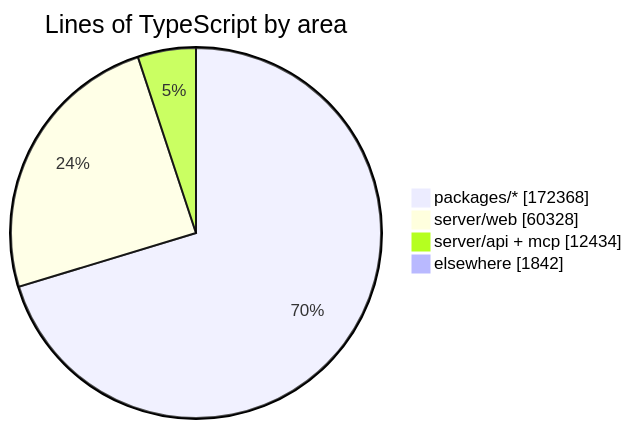
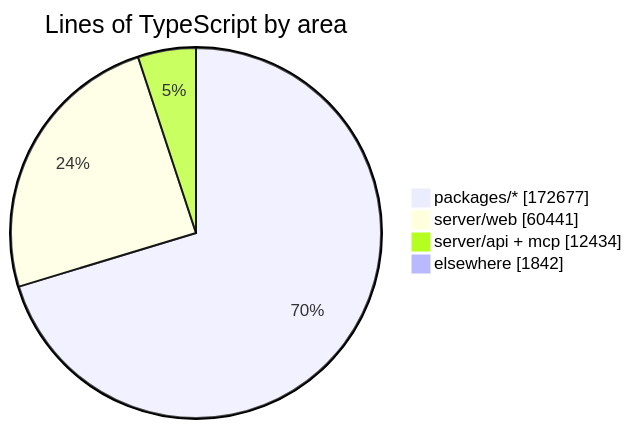
One commit to crossworks-engineering/mantle changed the diagram in README.md. Above: the diagram before and after it, drawn with Mermaid. The commit also changed other lines of this file and 2 other files, not shown here.

````diff
--- a/README.md
+++ b/README.md
@@ -279,7 +279,7 @@
 ```mermaid
 pie showData title Lines of TypeScript by area
-    "packages/*" : 172368
-    "server/web" : 60328
+    "packages/*" : 172677
+    "server/web" : 60441
     "server/api + mcp" : 12434
     "elsewhere" : 1842
 ```
````
